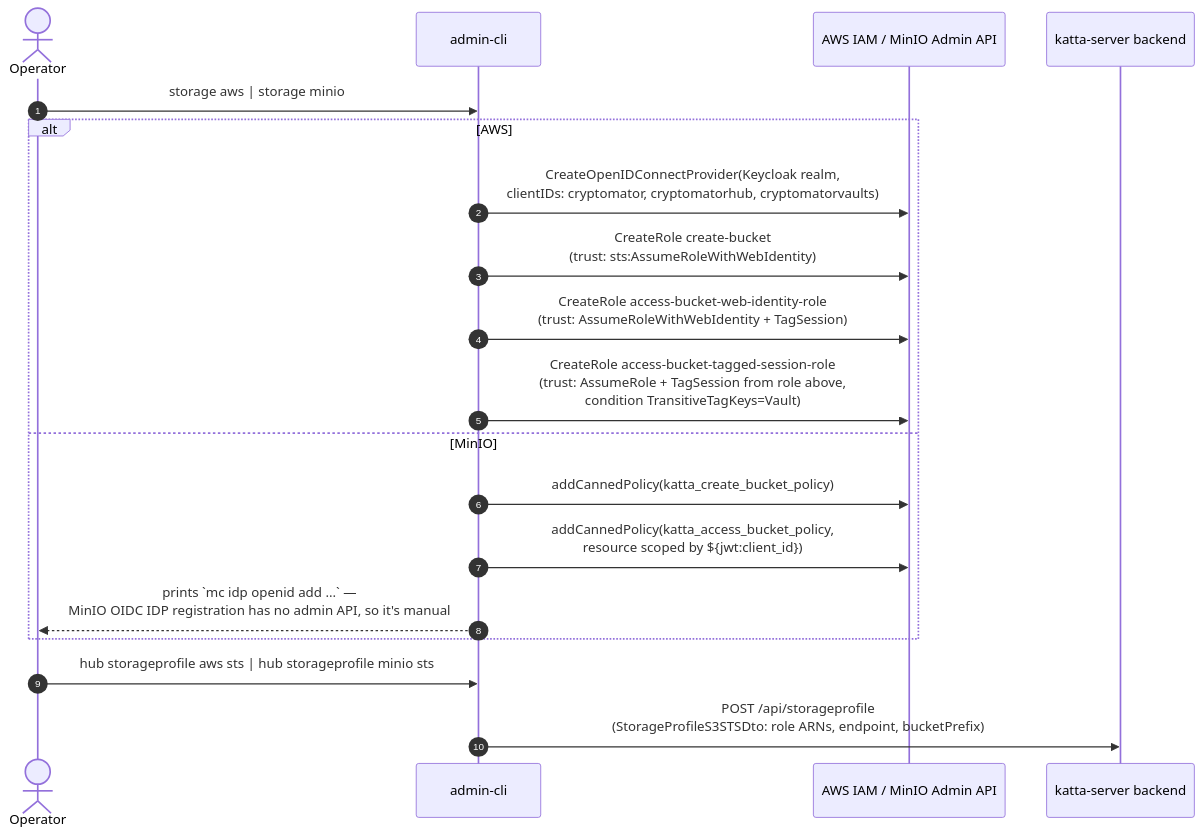
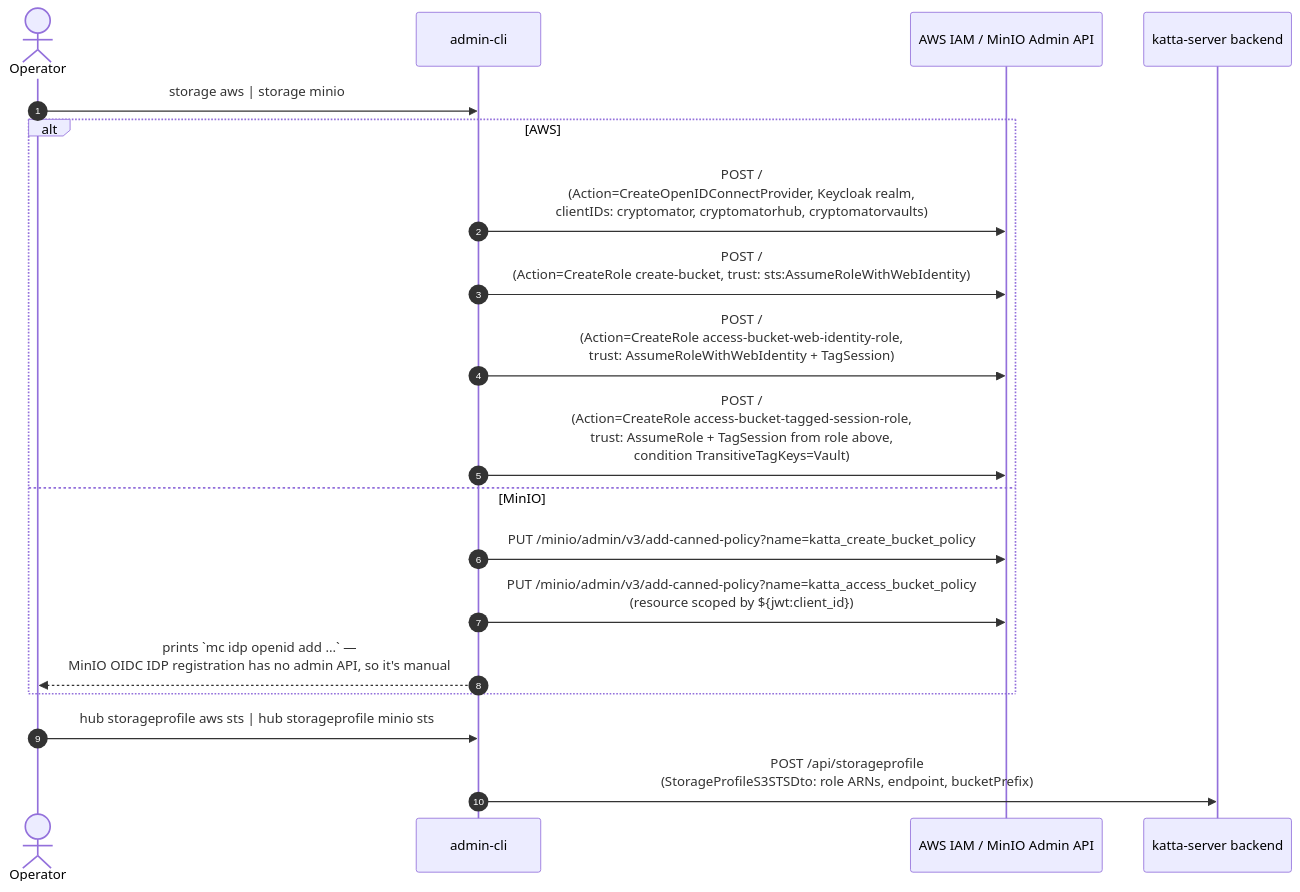
The first of 6 diagrams in docs/s3_interactions.md (shift7-ch/katta-clientlib), drawn with Mermaid before and after one commit. The commit also changed other lines of this file, not shown here.

First line of the commit message:
Add HTTP verb + REST endpoint labels to s3_interactions.md diagrams

````diff
--- a/docs/s3_interactions.md
+++ b/docs/s3_interactions.md
@@ -41,21 +41,21 @@
 ```mermaid
 sequenceDiagram
     autonumber
     actor Operator
     participant CLI as admin-cli
     participant IAM as AWS IAM / MinIO Admin API
     participant HubBackend as katta-server backend
     Operator ->> CLI: storage aws | storage minio
     alt AWS
-        CLI ->> IAM: CreateOpenIDConnectProvider(Keycloak realm,<br/>clientIDs: cryptomator, cryptomatorhub, cryptomatorvaults)
-        CLI ->> IAM: CreateRole create-bucket<br/>(trust: sts:AssumeRoleWithWebIdentity)
-        CLI ->> IAM: CreateRole access-bucket-web-identity-role<br/>(trust: AssumeRoleWithWebIdentity + TagSession)
-        CLI ->> IAM: CreateRole access-bucket-tagged-session-role<br/>(trust: AssumeRole + TagSession from role above,<br/>condition TransitiveTagKeys=Vault)
+        CLI ->> IAM: POST /<br/>(Action=CreateOpenIDConnectProvider, Keycloak realm,<br/>clientIDs: cryptomator, cryptomatorhub, cryptomatorvaults)
+        CLI ->> IAM: POST /<br/>(Action=CreateRole create-bucket, trust: sts:AssumeRoleWithWebIdentity)
+        CLI ->> IAM: POST /<br/>(Action=CreateRole access-bucket-web-identity-role,<br/>trust: AssumeRoleWithWebIdentity + TagSession)
+        CLI ->> IAM: POST /<br/>(Action=CreateRole access-bucket-tagged-session-role,<br/>trust: AssumeRole + TagSession from role above,<br/>condition TransitiveTagKeys=Vault)
     else MinIO
-        CLI ->> IAM: addCannedPolicy(katta_create_bucket_policy)
-        CLI ->> IAM: addCannedPolicy(katta_access_bucket_policy,<br/>resource scoped by ${jwt:client_id})
+        CLI ->> IAM: PUT /minio/admin/v3/add-canned-policy?name=katta_create_bucket_policy
+        CLI ->> IAM: PUT /minio/admin/v3/add-canned-policy?name=katta_access_bucket_policy<br/>(resource scoped by ${jwt:client_id})
         CLI -->> Operator: prints `mc idp openid add ...` —<br/>MinIO OIDC IDP registration has no admin API, so it's manual
     end
     Operator ->> CLI: hub storageprofile aws sts | hub storageprofile minio sts
     CLI ->> HubBackend: POST /api/storageprofile<br/>(StorageProfileS3STSDto: role ARNs, endpoint, bucketPrefix)
 ```
````
